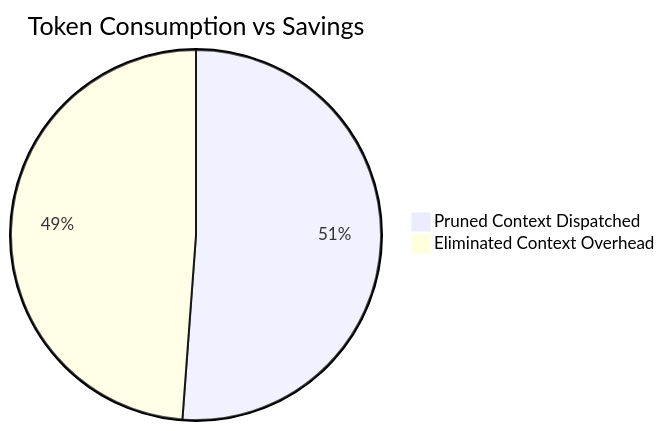
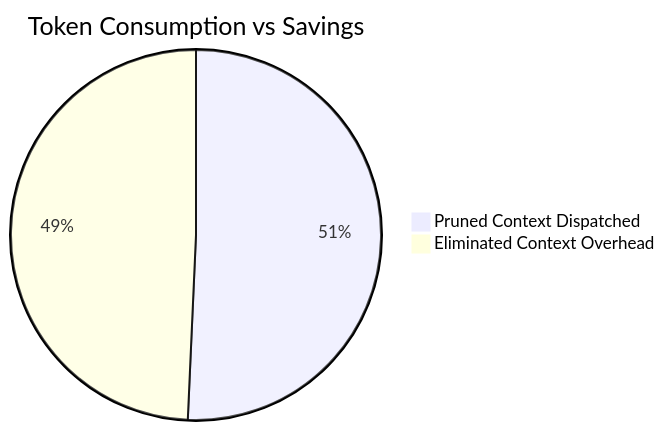
One commit to lakhwindersingh/nb_fairyfly changed the diagram in workplace/docs/reports/token_savings_report.md. Above: the diagram before and after it, drawn with Mermaid. The commit also changed other lines of this file and 11 other files, not shown here.

````diff
--- a/workplace/docs/reports/token_savings_report.md
+++ b/workplace/docs/reports/token_savings_report.md
@@ -26,5 +26,5 @@
 ```mermaid
 pie title Token Consumption vs Savings
-    "Pruned Context Dispatched" : 57259
-    "Eliminated Context Overhead" : 54642
+    "Pruned Context Dispatched" : 84088
+    "Eliminated Context Overhead" : 81745
 ```
````
